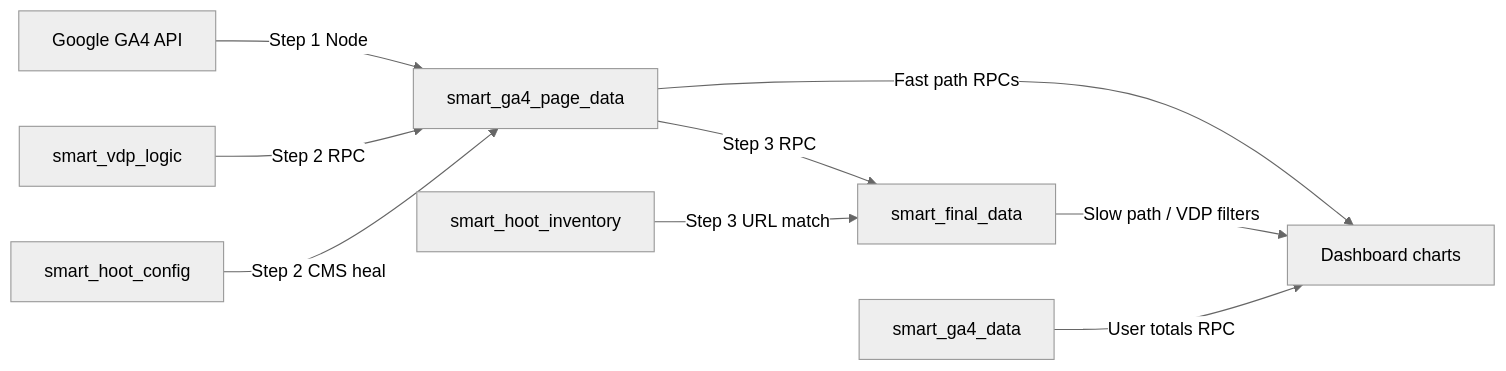
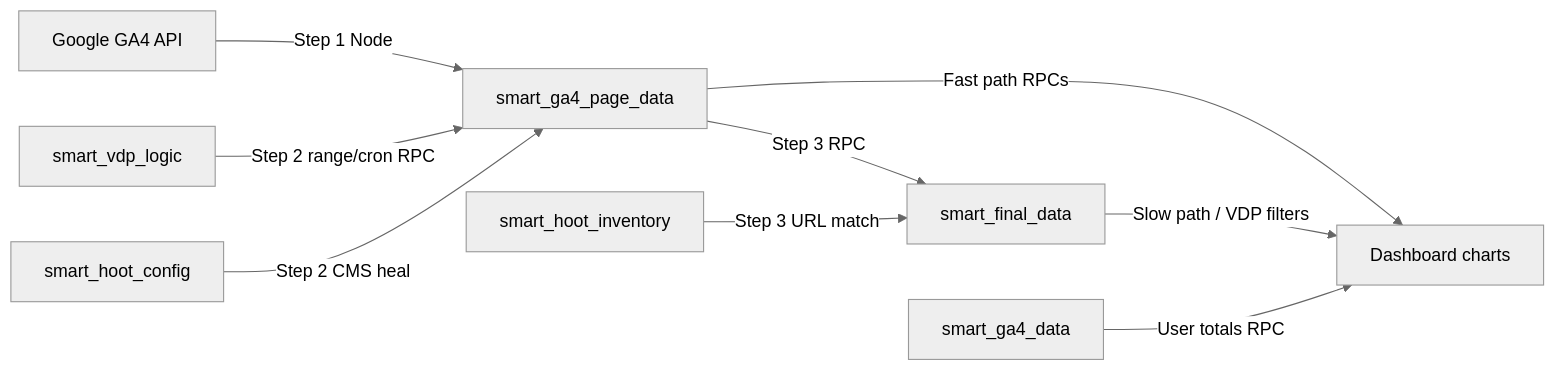
One commit to Aditya-05-alt/smartanalytics-app changed the third of 3 diagrams in knowledge.md. Above: the diagram before and after it, drawn with Mermaid (neutral theme). The commit also changed other lines of this file and 7 other files, not shown here.

````diff
--- a/knowledge.md
+++ b/knowledge.md
@@ -762,11 +794,11 @@
 ```mermaid
 flowchart LR
   GA4[Google GA4 API] -->|Step 1 Node| PAGE[smart_ga4_page_data]
-  LOGIC[smart_vdp_logic] -->|Step 2 RPC| PAGE
+  LOGIC[smart_vdp_logic] -->|Step 2 range/cron RPC| PAGE
   HOOT_CFG[smart_hoot_config] -->|Step 2 CMS heal| PAGE
   PAGE -->|Step 3 RPC| FINAL[smart_final_data]
   INV[smart_hoot_inventory] -->|Step 3 URL match| FINAL
   PAGE -->|Fast path RPCs| DASH[Dashboard charts]
   FINAL -->|Slow path / VDP filters| DASH
   GDATA[smart_ga4_data] -->|User totals RPC| DASH
 ```
````
